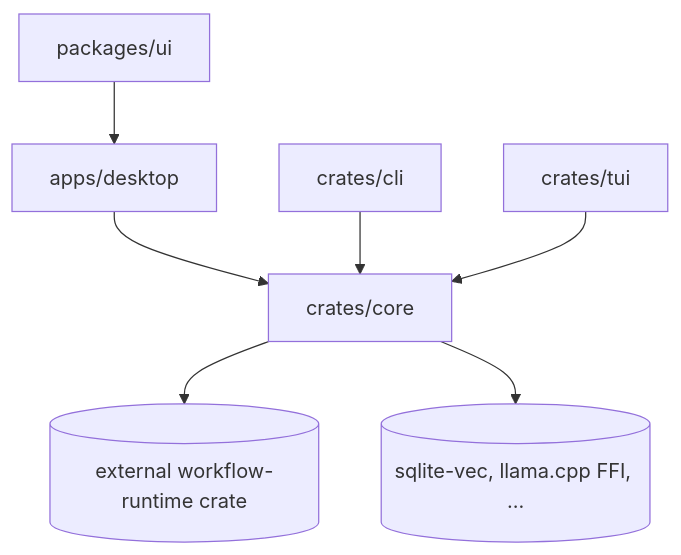
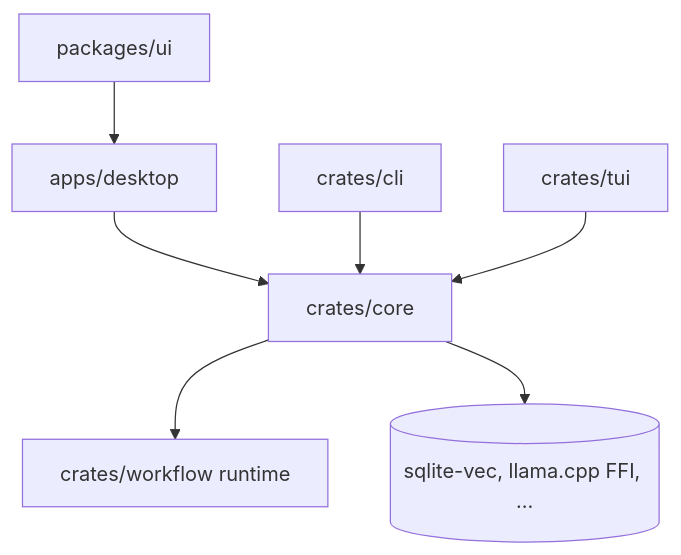
The diagram in .design/main/specifications/l2-source-layout.md (teratron/cronus), drawn with Mermaid before and after one commit. The commit also changed other lines of this file and 7 other files, not shown here.

First line of the commit message:
docs: port workflow runtime to in-tree crate

````diff
--- a/.design/main/specifications/l2-source-layout.md
+++ b/.design/main/specifications/l2-source-layout.md
@@ -62,9 +63,9 @@
 ```mermaid
 graph TD
     UI[packages/ui] --> DESKTOP[apps/desktop]
     DESKTOP --> CORE[crates/core]
     CLI[crates/cli] --> CORE
     TUI[crates/tui] --> CORE
-    CORE --> WFL[(external workflow-runtime crate)]
+    CORE --> WFL[crates/workflow runtime]
     CORE --> DEPS[(sqlite-vec, llama.cpp FFI, ...)]
 ```
````
